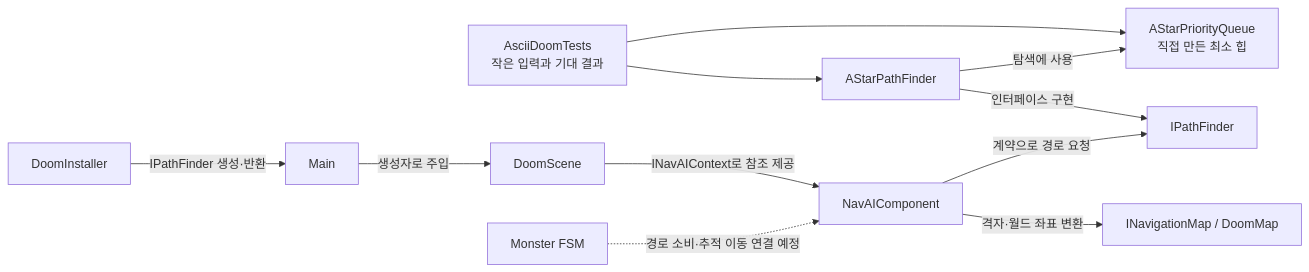
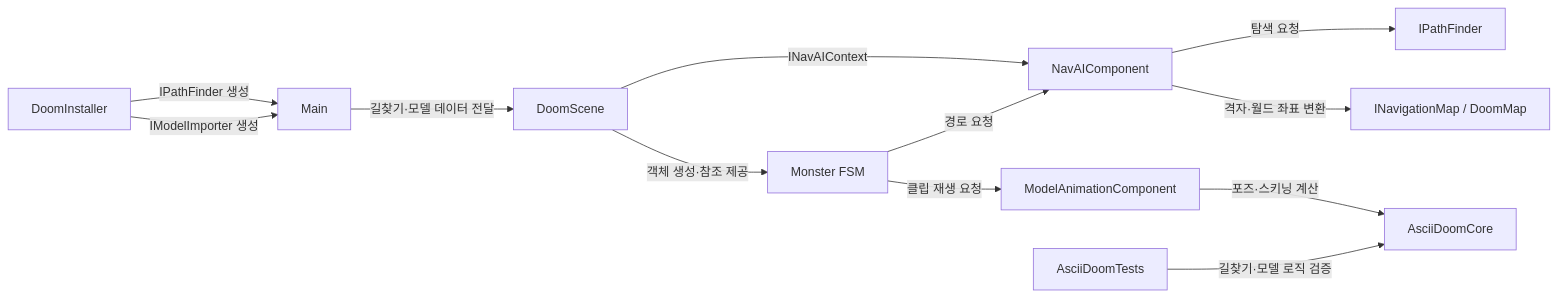
One commit to heewoung-lee/HiwoongEngine changed the diagram in AsciiDoom/README.md. Above: the diagram before and after it, drawn with Mermaid. The commit also changed other lines of this file and 5 other files, not shown here.

````diff
--- a/AsciiDoom/README.md
+++ b/AsciiDoom/README.md
@@ -122,13 +157,14 @@
 ```mermaid
 flowchart LR
-    T["AsciiDoomTests<br/>작은 입력과 기대 결과"] --> A["AStarPathFinder"]
-    T --> Q["AStarPriorityQueue<br/>직접 만든 최소 힙"]
-    A -->|"탐색에 사용"| Q
-    A -->|"인터페이스 구현"| I["IPathFinder"]
-    D["DoomInstaller"] -->|"IPathFinder 생성·반환"| M["Main"]
-    M -->|"생성자로 주입"| S["DoomScene"]
-    S -->|"INavAIContext로 참조 제공"| N["NavAIComponent"]
-    N -->|"계약으로 경로 요청"| I
+    D["DoomInstaller"] -->|"IPathFinder 생성"| M["Main"]
+    D -->|"IModelImporter 생성"| M
+    M -->|"길찾기·모델 데이터 전달"| S["DoomScene"]
+    S -->|"객체 생성·참조 제공"| MON["Monster FSM"]
+    S -->|"INavAIContext"| N["NavAIComponent"]
+    MON -->|"경로 요청"| N
+    N -->|"탐색 요청"| I["IPathFinder"]
     N -->|"격자·월드 좌표 변환"| MAP["INavigationMap / DoomMap"]
-    MON["Monster FSM"] -.->|"경로 소비·추적 이동 연결 예정"| N
+    MON -->|"클립 재생 요청"| ANIM["ModelAnimationComponent"]
+    ANIM -->|"포즈·스키닝 계산"| CORE["AsciiDoomCore"]
+    T["AsciiDoomTests"] -->|"길찾기·모델 로직 검증"| CORE
 ```
````
